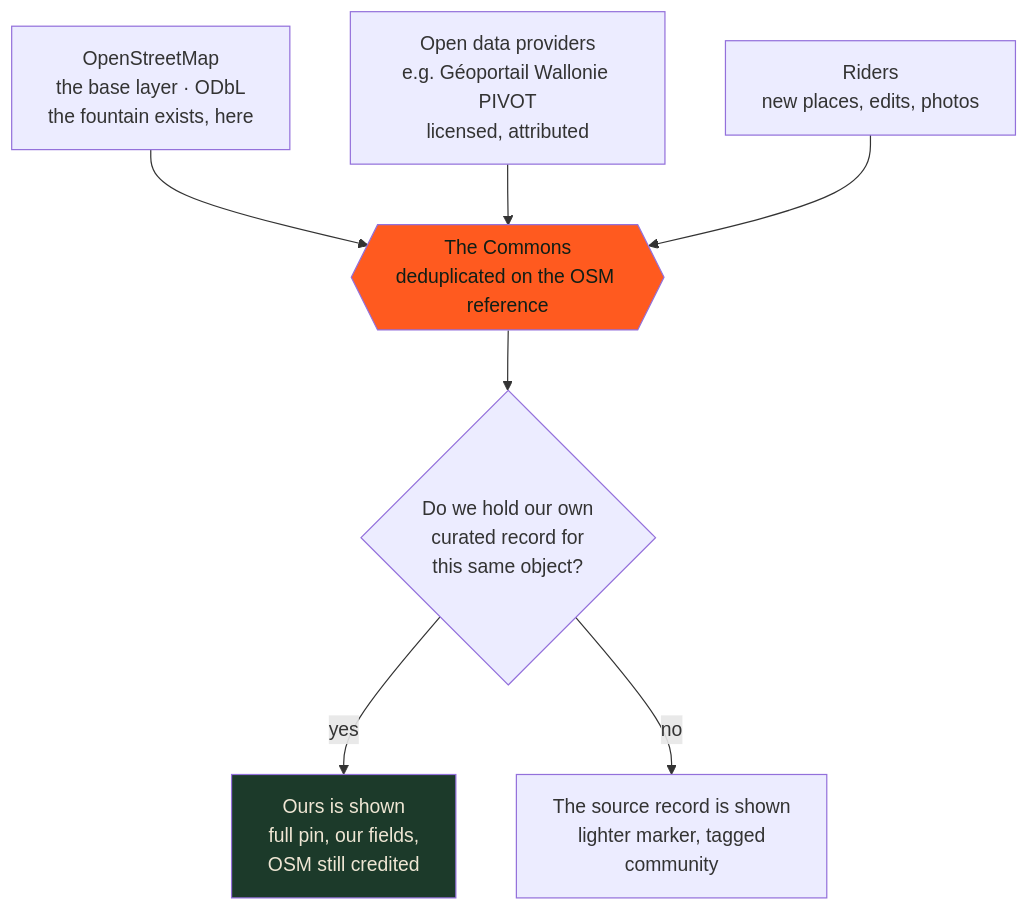
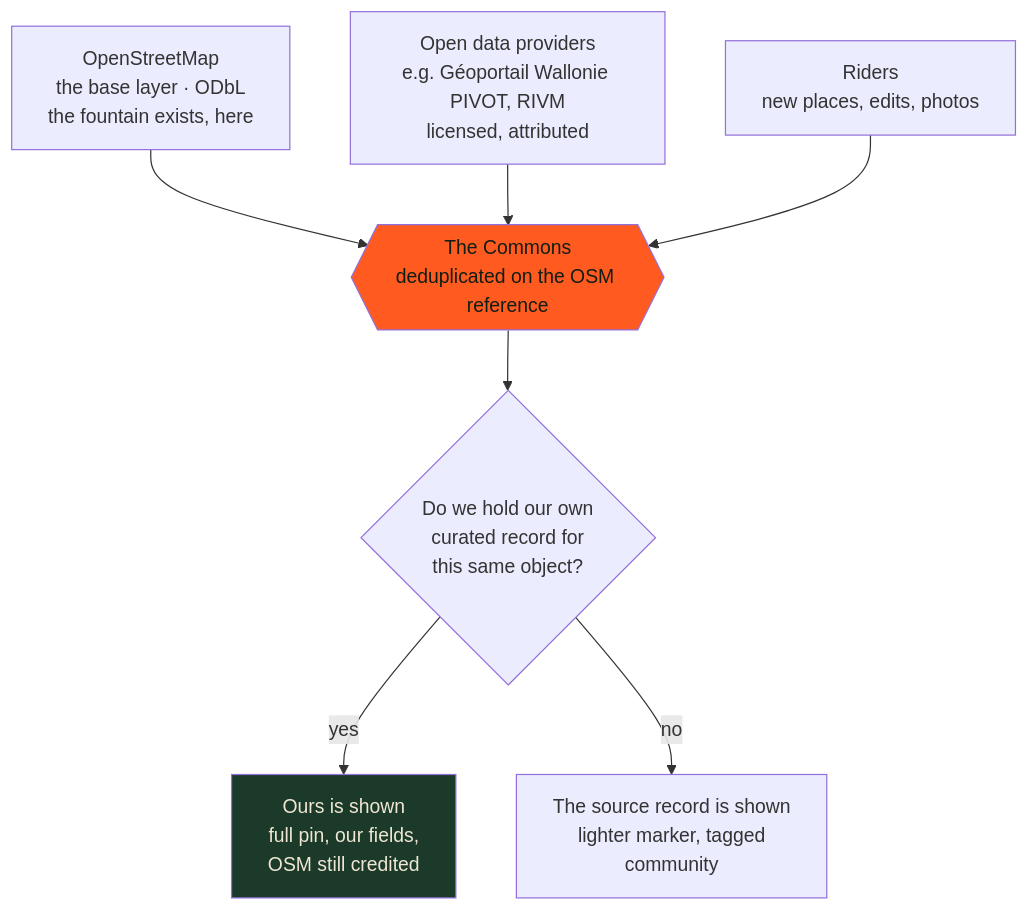
Before and after one commit to cycling-commons/cycling-commons: the second of 8 diagrams in wiki/data-priority.md, drawn with Mermaid. The commit also changed other lines of this file and 2 other files, not shown here.

First line of the commit message:
docs(wiki): data catalog, data priority and building match the code

````diff
--- a/wiki/data-priority.md
+++ b/wiki/data-priority.md
@@ -34,20 +34,20 @@
 ```mermaid
 flowchart TD
     OSM["OpenStreetMap<br/>the base layer · ODbL<br/>the fountain exists, here"]
-    PROV["Open data providers<br/>e.g. Géoportail Wallonie PIVOT<br/>licensed, attributed"]
+    PROV["Open data providers<br/>e.g. Géoportail Wallonie PIVOT, RIVM<br/>licensed, attributed"]
     RIDER["Riders<br/>new places, edits, photos"]
 
     OSM --> POOL
     PROV --> POOL
     RIDER --> POOL
 
     POOL{{"The Commons<br/>deduplicated on the OSM reference"}}
     POOL --> DEC
 
     DEC{"Do we hold our own<br/>curated record for<br/>this same object?"}
     DEC -->|yes| CUR["Ours is shown<br/>full pin, our fields,<br/>OSM still credited"]
     DEC -->|no| COM["The source record is shown<br/>lighter marker, tagged<br/>community"]
 
     style CUR fill:#1C3A2A,color:#EFE6D4
     style POOL fill:#FF5A1F,color:#101E16
 ```
````
